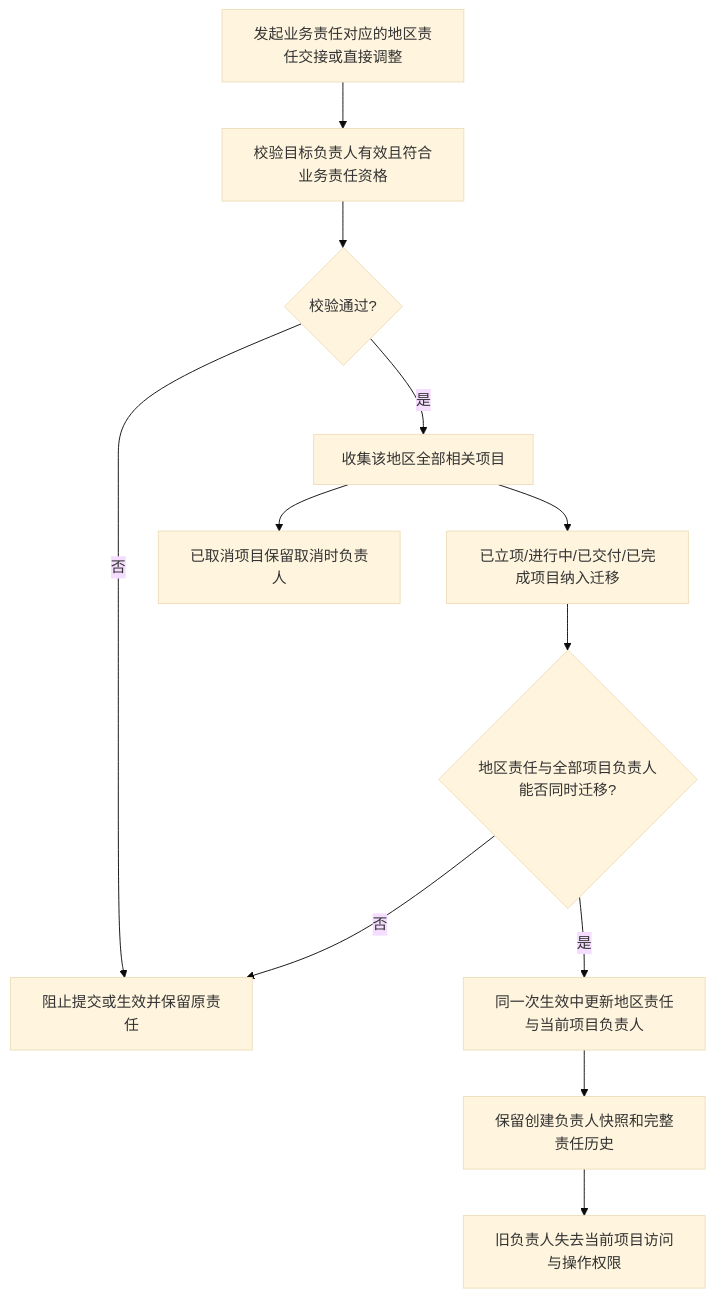
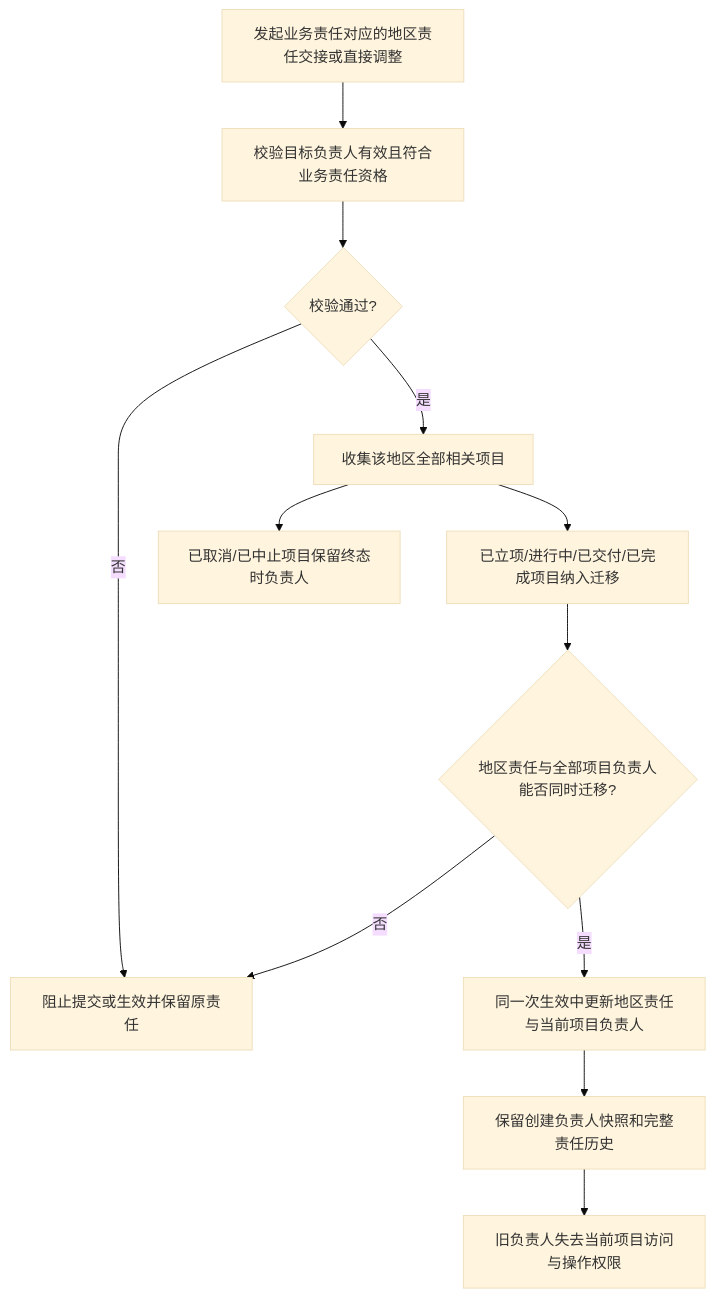
One commit to Joker-1030/Yingjia-Internal-Management-System changed the diagram in prd-workspace/current/user-flows/FLOW-16-M11-project-responsibility-handover.md. Above: the diagram before and after it, drawn with Mermaid (base theme). The commit also changed other lines of this file and 33 other files, not shown here.

````diff
--- a/prd-workspace/current/user-flows/FLOW-16-M11-project-responsibility-handover.md
+++ b/prd-workspace/current/user-flows/FLOW-16-M11-project-responsibility-handover.md
@@ -6,14 +6,14 @@
 ```mermaid
 flowchart TD
     A[发起业务责任对应的地区责任交接或直接调整] --> B[校验目标负责人有效且符合业务责任资格]
     B --> C{校验通过?}
     C -- 否 --> D[阻止提交或生效并保留原责任]
     C -- 是 --> E[收集该地区全部相关项目]
     E --> F[已立项/进行中/已交付/已完成项目纳入迁移]
-    E --> G[已取消项目保留取消时负责人]
+    E --> G[已取消/已中止项目保留终态时负责人]
     F --> H{地区责任与全部项目负责人能否同时迁移?}
     H -- 否 --> D
     H -- 是 --> I[同一次生效中更新地区责任与当前项目负责人]
     I --> J[保留创建负责人快照和完整责任历史]
     J --> K[旧负责人失去当前项目访问与操作权限]
 ```
````
